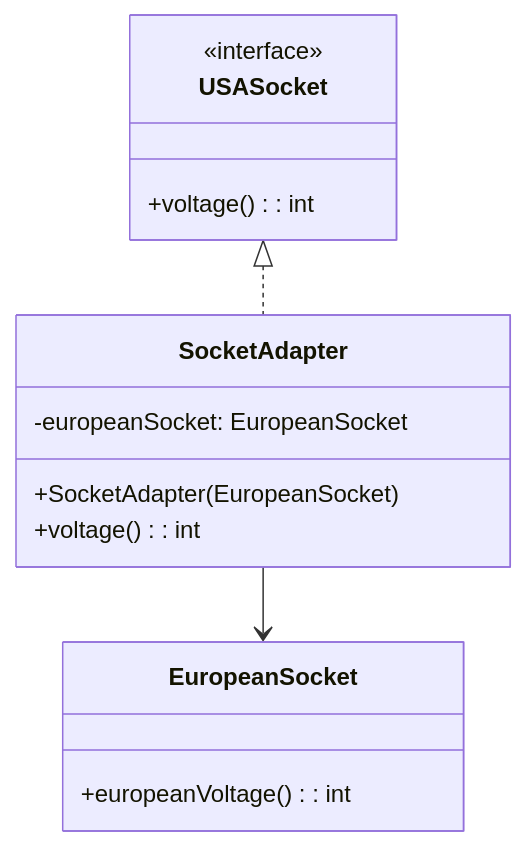
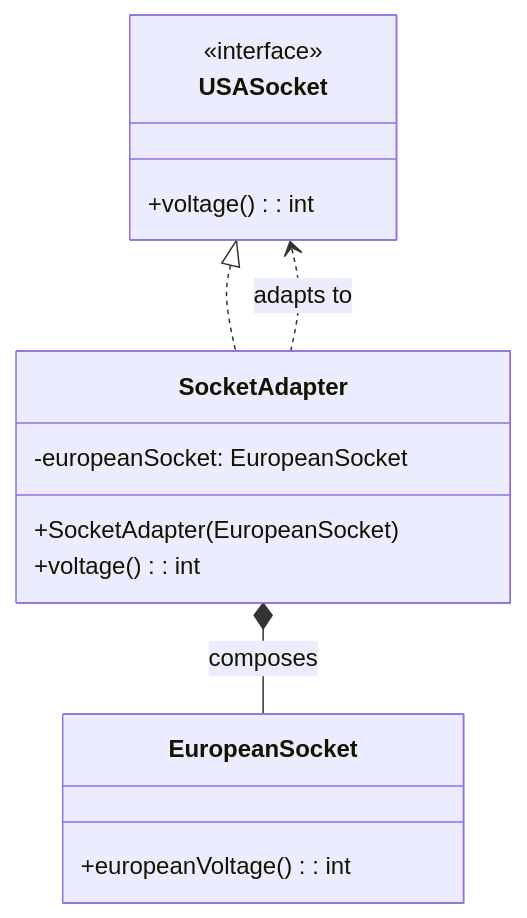
Before and after one commit to welldesignedsystem/welldesignedsystem.github.io: the sixth of 23 diagrams in content/english/blog/system_design/core_design_patterns.md, drawn with Mermaid. The commit also changed other lines of this file and 1 other file, not shown here.

````diff
--- a/content/english/blog/system_design/core_design_patterns.md
+++ b/content/english/blog/system_design/core_design_patterns.md
@@ -458,17 +467,18 @@
 ```mermaid
 classDiagram
     class USASocket {
         <<interface>>
         +voltage(): int
     }
     class EuropeanSocket {
         +europeanVoltage(): int
     }
     class SocketAdapter {
         -europeanSocket: EuropeanSocket
         +SocketAdapter(EuropeanSocket)
         +voltage(): int
     }
     USASocket <|.. SocketAdapter
-    SocketAdapter --> EuropeanSocket
+    SocketAdapter *-- EuropeanSocket : composes
+    SocketAdapter ..> USASocket : adapts to
 ```
````
